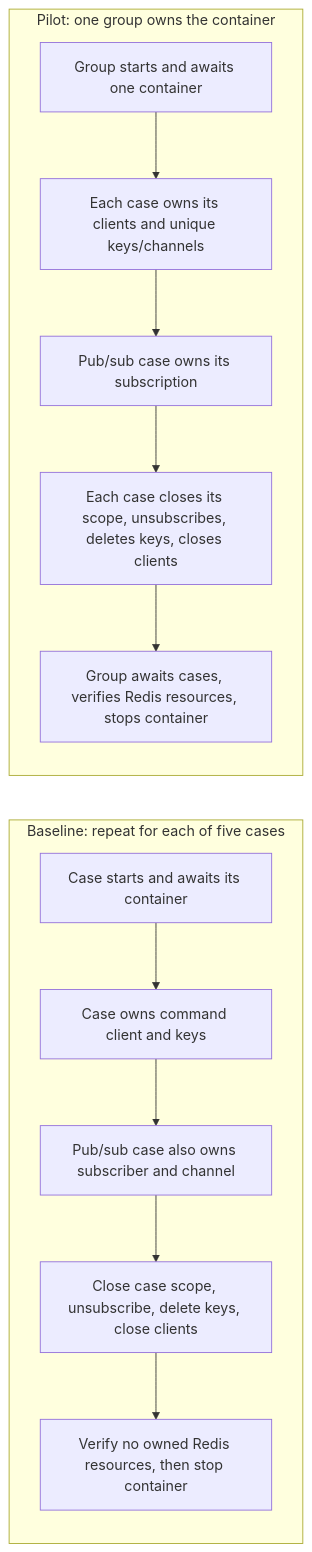
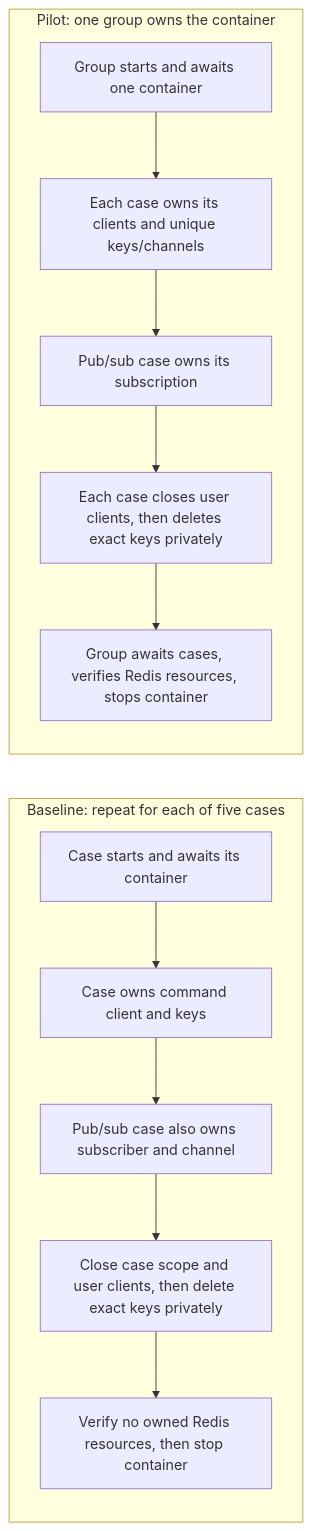
Before and after one commit to rafaeltab/wallpaperdb: the diagram in packages/test-utils/prototype-redis/README.md, drawn with Mermaid. The commit also changed other lines of this file and 3 other files, not shown here.

````diff
--- a/packages/test-utils/prototype-redis/README.md
+++ b/packages/test-utils/prototype-redis/README.md
@@ -32,21 +32,21 @@
 ```mermaid
 flowchart LR
   subgraph baseline[Baseline: repeat for each of five cases]
     direction TB
     B1[Case starts and awaits its container]
     B2[Case owns command client and keys]
     B3[Pub/sub case also owns subscriber and channel]
-    B4[Close case scope, unsubscribe, delete keys, close clients]
+    B4[Close case scope and user clients, then delete exact keys privately]
     B5[Verify no owned Redis resources, then stop container]
     B1 --> B2 --> B3 --> B4 --> B5
   end
   subgraph pilot[Pilot: one group owns the container]
     direction TB
     P1[Group starts and awaits one container]
     P2[Each case owns its clients and unique keys/channels]
     P3[Pub/sub case owns its subscription]
-    P4[Each case closes its scope, unsubscribes, deletes keys, closes clients]
+    P4[Each case closes user clients, then deletes exact keys privately]
     P5[Group awaits cases, verifies Redis resources, stops container]
     P1 --> P2 --> P3 --> P4 --> P5
   end
 ```
````
